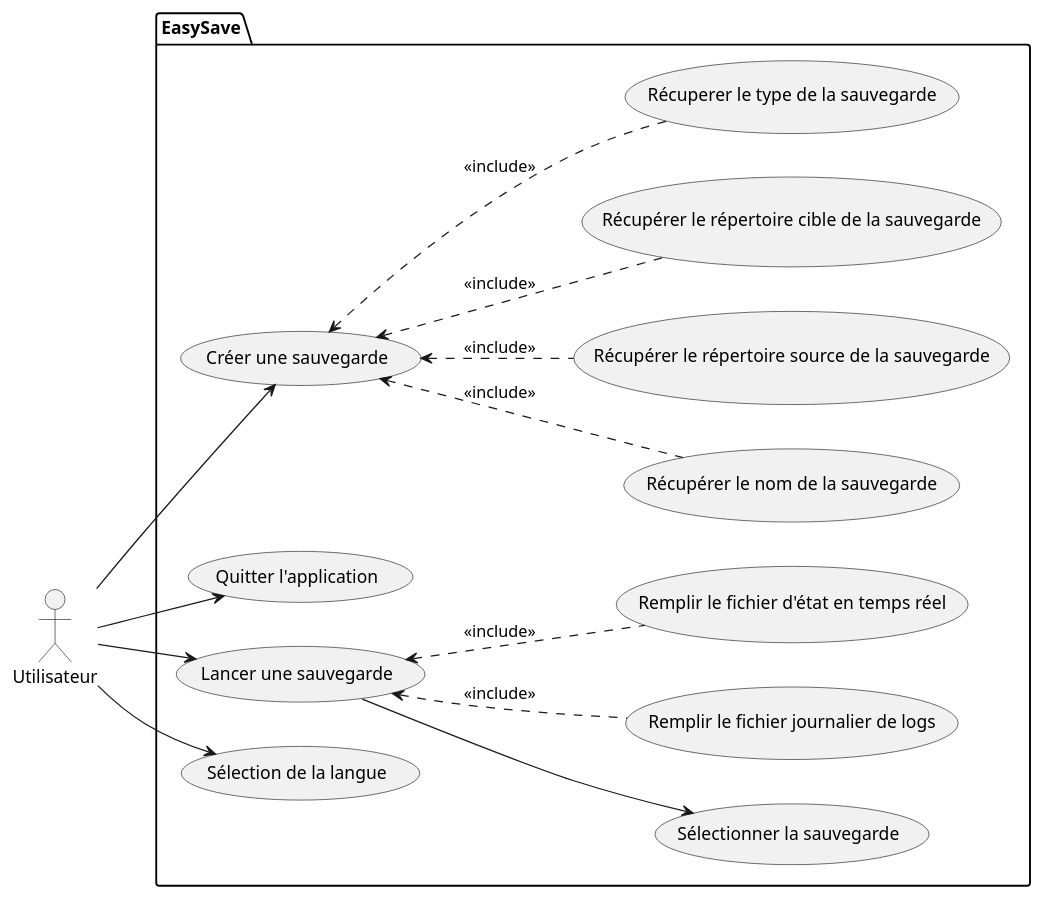
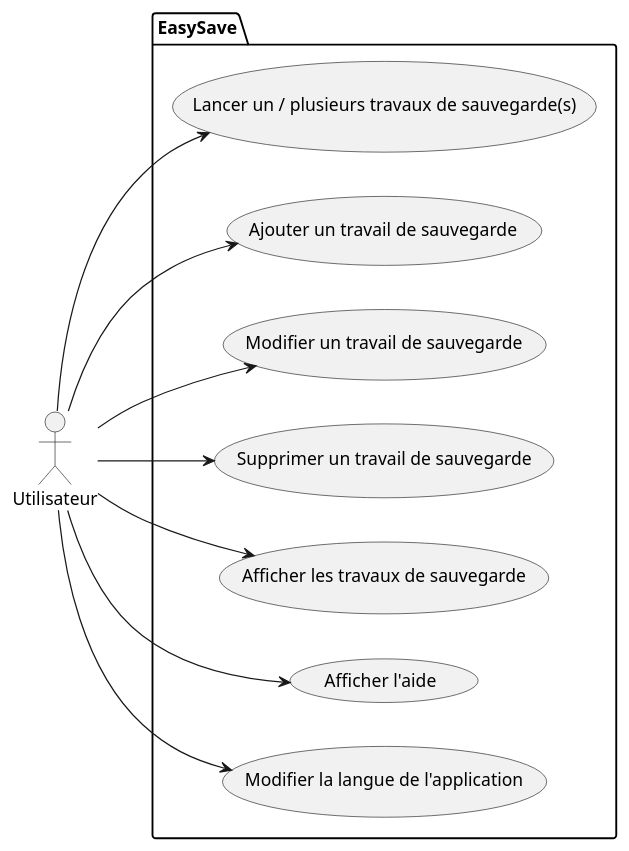
One commit to Melvin-Menanteau/EasySave changed the diagram in UML/UseCaseDiagram.plantuml. Above: the diagram before and after it, drawn with PlantUML.

```diff
--- a/UML/UseCaseDiagram.plantuml
+++ b/UML/UseCaseDiagram.plantuml
@@ -1,35 +1,23 @@
 @startuml Diagramme de cas d'utilisation
 left to right direction
 
 actor Utilisateur as user
 
 package EasySave {
-  usecase "Créer une sauvegarde" as uc1
-  usecase "Récupérer le nom de la sauvegarde" as uc7
-  usecase "Récupérer le répertoire source de la sauvegarde" as uc8
-  usecase "Récupérer le répertoire cible de la sauvegarde" as uc9
-  usecase "Récuperer le type de la sauvegarde" as uc10
-  usecase "Quitter l'application" as uc6
-  usecase "Lancer une sauvegarde" as uc2
-  usecase "Sélectionner la sauvegarde" as uc3
-  usecase "Remplir le fichier journalier de logs" as uc4
-  usecase "Remplir le fichier d'état en temps réel" as uc5
-  usecase "Sélection de la langue" as uc11
+    usecase "Lancer un / plusieurs travaux de sauvegarde(s)" as UC_Lancer
+    usecase "Ajouter un travail de sauvegarde" as UC_Creer
+    usecase "Modifier un travail de sauvegarde" as UC_Modifier
+    usecase "Supprimer un travail de sauvegarde" as UC_Supprimer
+    usecase "Afficher les travaux de sauvegarde" as UC_Afficher
+    usecase "Afficher l'aide" as UC_Aide
+    usecase "Modifier la langue de l'application" as UC_Langue
 }
 
-user --> uc1
-user --> uc11
-
-uc1 <-. uc7 : <<include>> 
-uc1 <-. uc8 : <<include>>
-uc1 <-. uc9 : <<include>>
-uc1 <-. uc10 : <<include>>
-
-user --> uc6
-user --> uc2
-
-uc2 --> uc3
-uc2 <-. uc4 : <<include>>
-uc2 <-. uc5 : <<include>>
-
+user --> UC_Lancer
+user --> UC_Creer
+user --> UC_Modifier
+user --> UC_Supprimer
+user --> UC_Afficher
+user --> UC_Aide
+user --> UC_Langue
 @enduml
```
